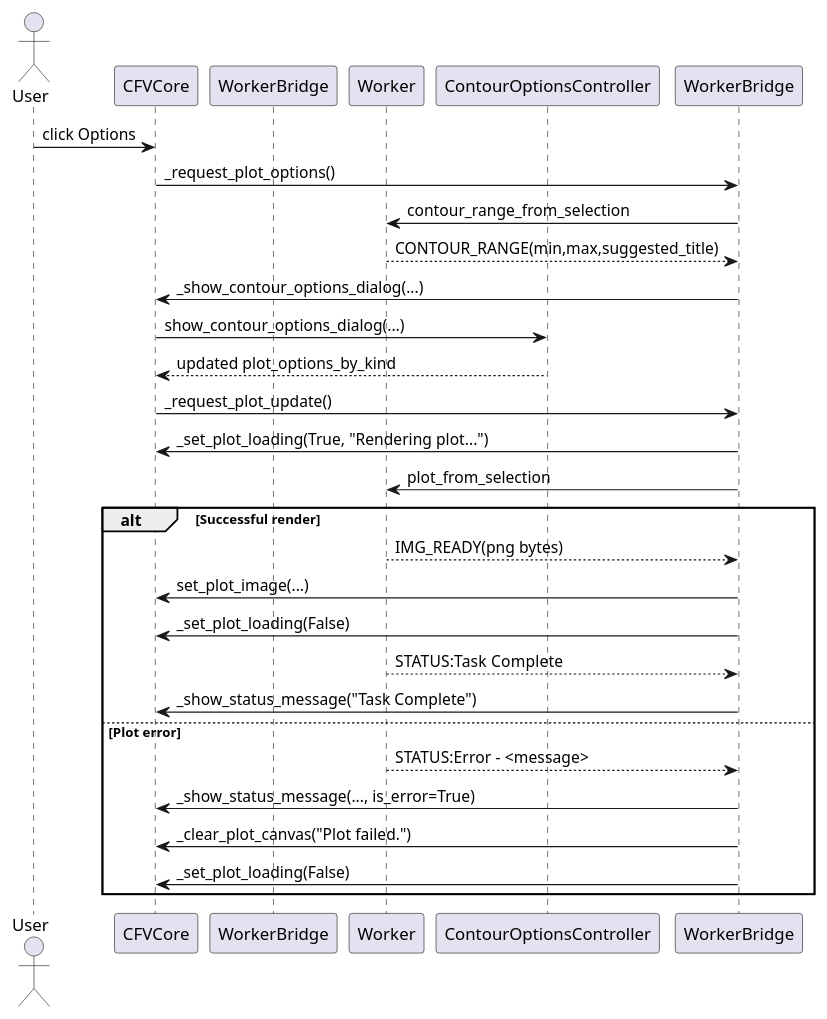
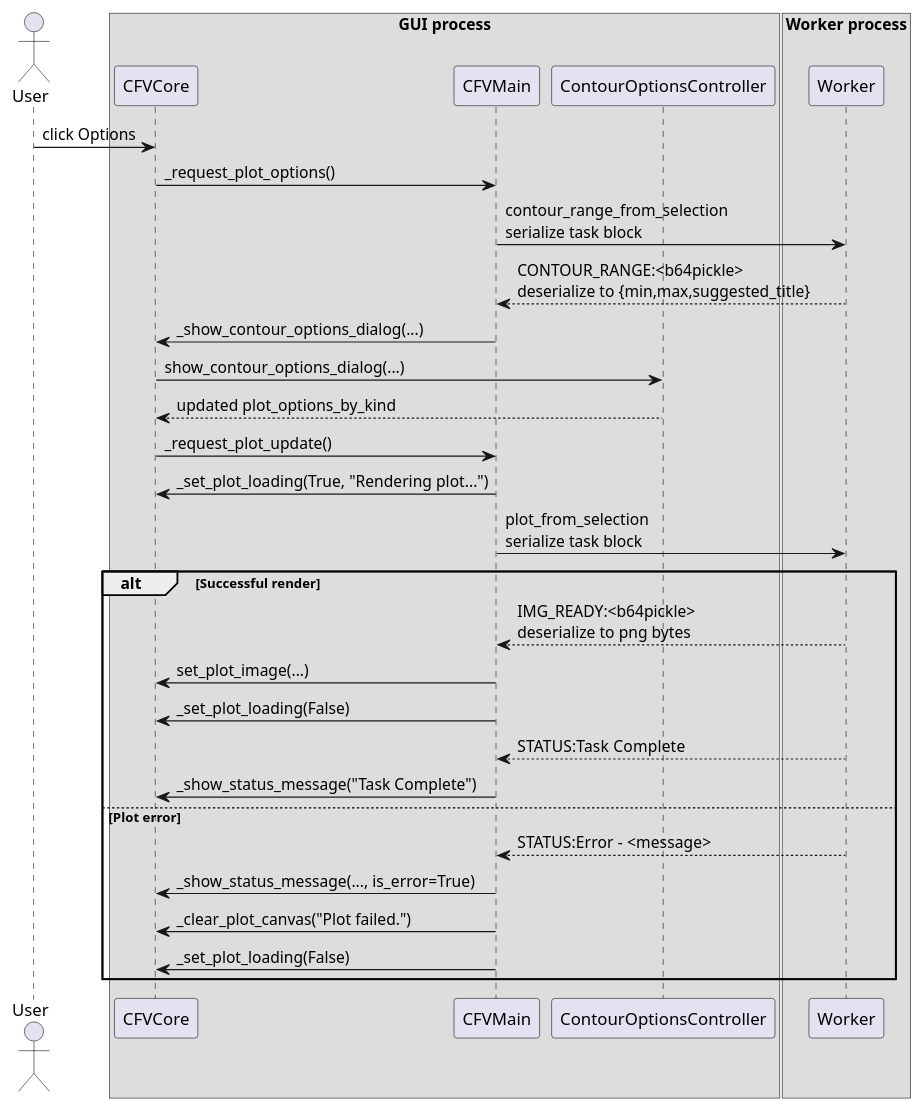
One commit to NCAS-CMS/xconv2 changed the diagram in docs/uml/core_window_options_sequence.puml. Above: the diagram before and after it, drawn with PlantUML. The commit also changed 1 other file, not shown here.

```diff
--- a/docs/uml/core_window_options_sequence.puml
+++ b/docs/uml/core_window_options_sequence.puml
@@ -1,31 +1,36 @@
 @startuml CoreWindowPhase3OptionsSequence
 actor User
+box "GUI process"
 participant CFVCore
-participant WorkerBridge as CFVMain
+participant CFVMain as WorkerBridge
+participant ContourOptionsController as OptionsCtrl
+end box
+
+box "Worker process"
 participant Worker
-participant ContourOptionsController as OptionsCtrl
+end box
 
 User -> CFVCore : click Options
 CFVCore -> WorkerBridge : _request_plot_options()
-WorkerBridge -> Worker : contour_range_from_selection
-Worker --> WorkerBridge : CONTOUR_RANGE(min,max,suggested_title)
+WorkerBridge -> Worker : contour_range_from_selection\nserialize task block
+Worker --> WorkerBridge : CONTOUR_RANGE:<b64pickle>\ndeserialize to {min,max,suggested_title}
 WorkerBridge -> CFVCore : _show_contour_options_dialog(...)
 CFVCore -> OptionsCtrl : show_contour_options_dialog(...)
 OptionsCtrl --> CFVCore : updated plot_options_by_kind
 CFVCore -> WorkerBridge : _request_plot_update()
 WorkerBridge -> CFVCore : _set_plot_loading(True, "Rendering plot...")
-WorkerBridge -> Worker : plot_from_selection
+WorkerBridge -> Worker : plot_from_selection\nserialize task block
 
 alt Successful render
-	Worker --> WorkerBridge : IMG_READY(png bytes)
+	Worker --> WorkerBridge : IMG_READY:<b64pickle>\ndeserialize to png bytes
 	WorkerBridge -> CFVCore : set_plot_image(...)
 	WorkerBridge -> CFVCore : _set_plot_loading(False)
 	Worker --> WorkerBridge : STATUS:Task Complete
 	WorkerBridge -> CFVCore : _show_status_message("Task Complete")
 else Plot error
 	Worker --> WorkerBridge : STATUS:Error - <message>
 	WorkerBridge -> CFVCore : _show_status_message(..., is_error=True)
 	WorkerBridge -> CFVCore : _clear_plot_canvas("Plot failed.")
 	WorkerBridge -> CFVCore : _set_plot_loading(False)
 end
 @enduml
```
